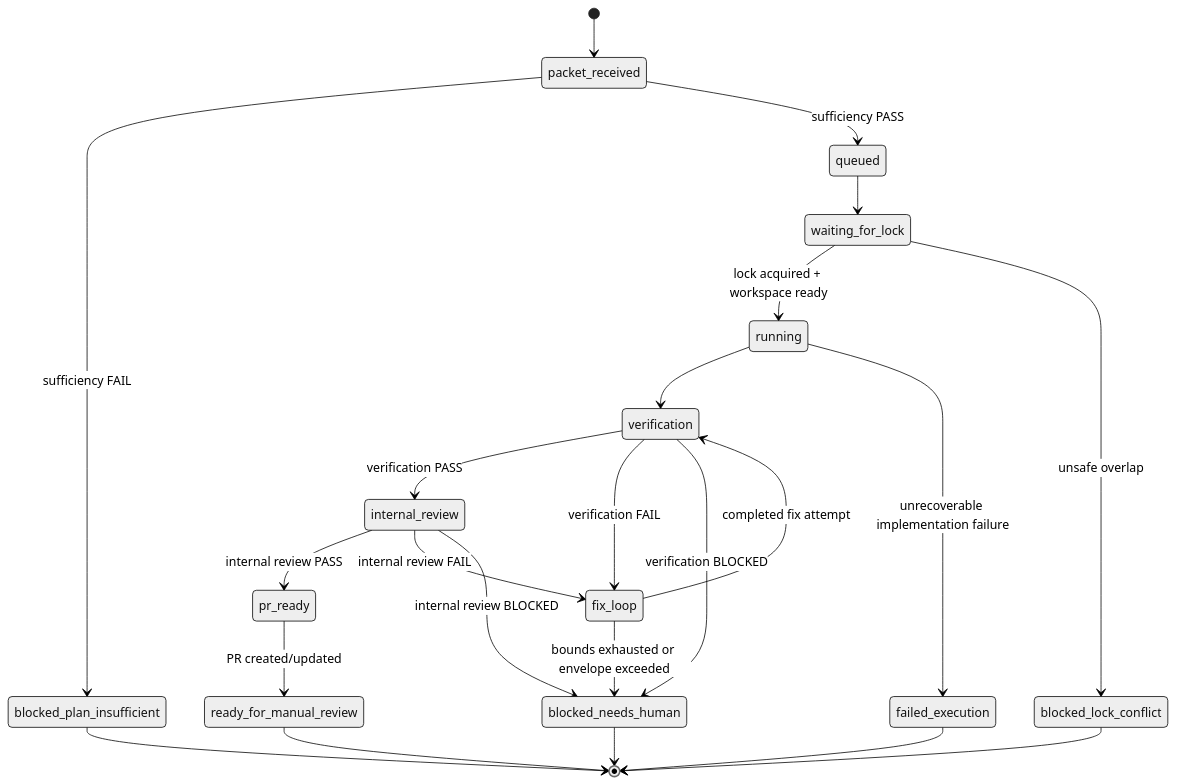
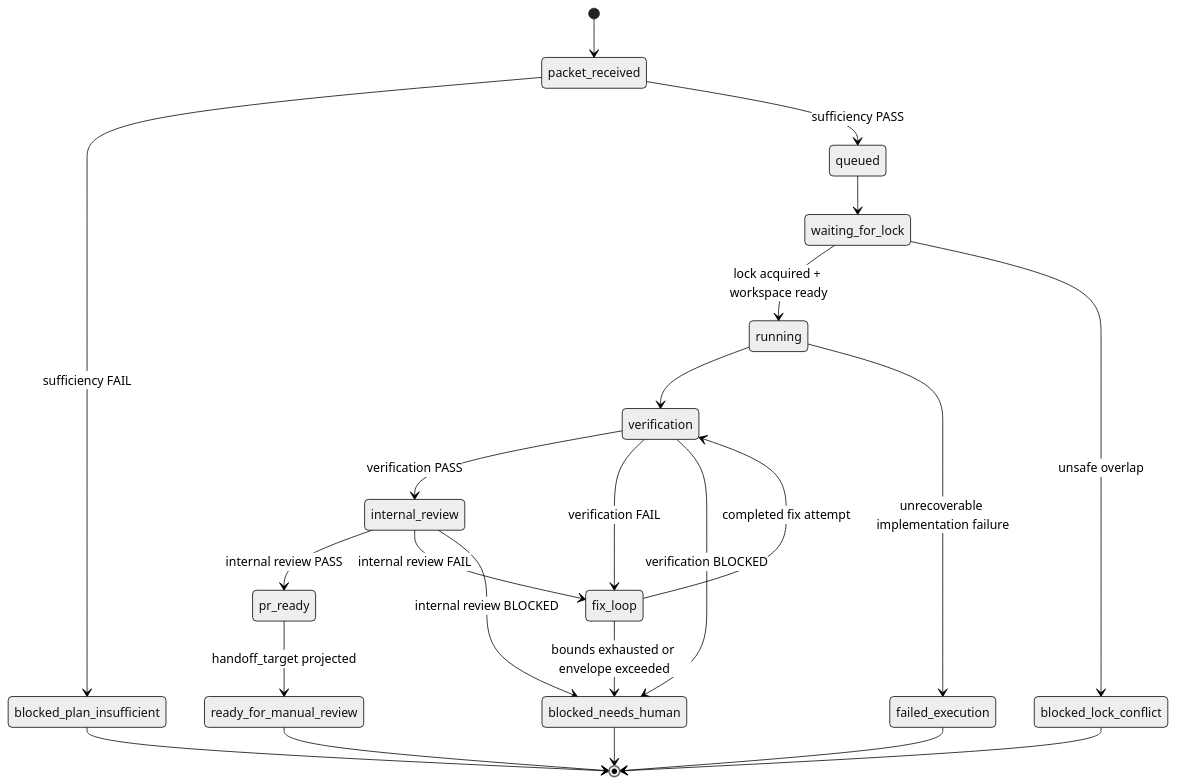
One commit to MrFlashAccount/Buran changed the diagram in docs/state-machine.md. Above: the diagram before and after it, drawn with Mermaid (neutral theme). The commit also changed other lines of this file and 47 other files, not shown here.

Commit message:
refactor: decouple execution run architecture

````diff
--- a/docs/state-machine.md
+++ b/docs/state-machine.md
@@ -11,25 +11,25 @@
 ```mermaid
 stateDiagram-v2
   [*] --> packet_received
   packet_received --> blocked_plan_insufficient: sufficiency FAIL
   packet_received --> queued: sufficiency PASS
   queued --> waiting_for_lock
   waiting_for_lock --> running: lock acquired + workspace ready
   waiting_for_lock --> blocked_lock_conflict: unsafe overlap
   running --> verification
   running --> failed_execution: unrecoverable implementation failure
   verification --> internal_review: verification PASS
   verification --> fix_loop: verification FAIL
   verification --> blocked_needs_human: verification BLOCKED
   internal_review --> pr_ready: internal review PASS
   internal_review --> fix_loop: internal review FAIL
   internal_review --> blocked_needs_human: internal review BLOCKED
   fix_loop --> verification: completed fix attempt
   fix_loop --> blocked_needs_human: bounds exhausted or envelope exceeded
-  pr_ready --> ready_for_manual_review: PR created/updated
+  pr_ready --> ready_for_manual_review: handoff_target projected
   ready_for_manual_review --> [*]
   blocked_plan_insufficient --> [*]
   blocked_lock_conflict --> [*]
   blocked_needs_human --> [*]
   failed_execution --> [*]
 ```
````
